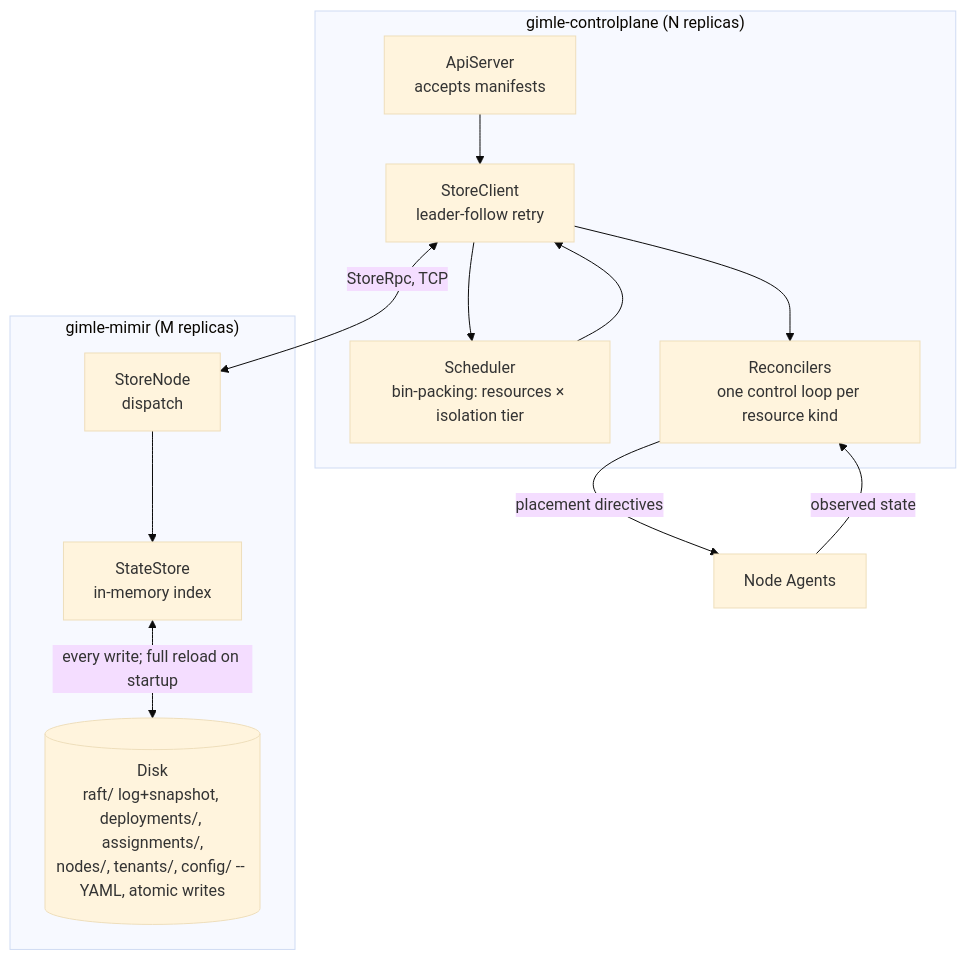
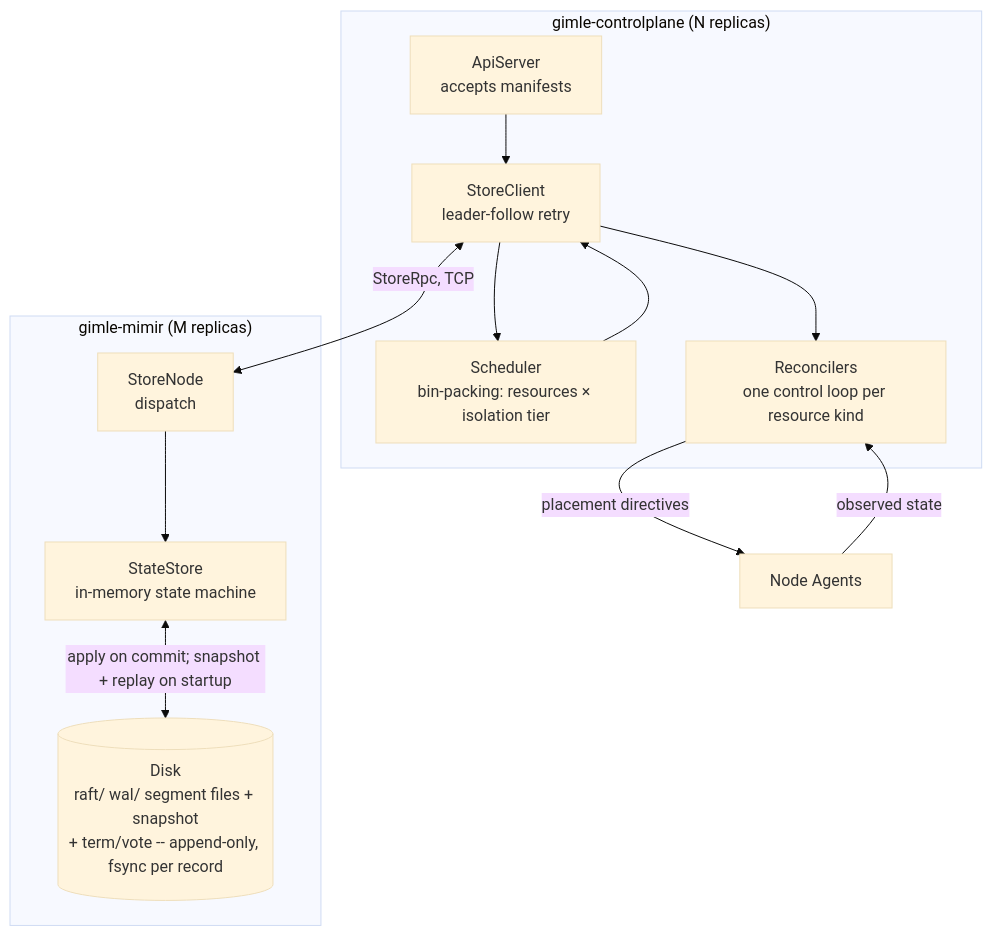
Before and after one commit to ghiloufibg/gimle: the diagram in gimle-docs/docs/architecture/control-plane.md, drawn with Mermaid (base theme). The commit also changed other lines of this file and 57 other files, not shown here.

Commit message:
refactor(mimir): adopt etcd-shape persistence WAL segment log replaces per-entry files and YAML write-through StateStore is in-memory; recovery is snapshot restore plus committed replay

````diff
--- a/gimle-docs/docs/architecture/control-plane.md
+++ b/gimle-docs/docs/architecture/control-plane.md
@@ -22,23 +22,23 @@
 ```mermaid
 graph TD
     subgraph CP["gimle-controlplane (N replicas)"]
         Api["ApiServer<br/>accepts manifests"]
         Client["StoreClient<br/>leader-follow retry"]
         Sched["Scheduler<br/>bin-packing: resources × isolation tier"]
         Recon["Reconcilers<br/>one control loop per resource kind"]
         Api --> Client
         Client --> Sched
         Sched --> Client
         Client --> Recon
     end
     subgraph Mimir["gimle-mimir (M replicas)"]
         Node["StoreNode<br/>dispatch"]
-        Store["StateStore<br/>in-memory index"]
-        Disk[("Disk<br/>raft/ log+snapshot, deployments/, assignments/,<br/>nodes/, tenants/, config/ -- YAML, atomic writes")]
+        Store["StateStore<br/>in-memory state machine"]
+        Disk[("Disk<br/>raft/ wal/ segment files + snapshot<br/>+ term/vote -- append-only, fsync per record")]
         Node --> Store
-        Store <-->|every write; full reload on startup| Disk
+        Store <-->|apply on commit; snapshot + replay on startup| Disk
     end
     Client <-->|StoreRpc, TCP| Node
     Recon -->|placement directives| Agents["Node Agents"]
     Agents -->|observed state| Recon
 ```
````
